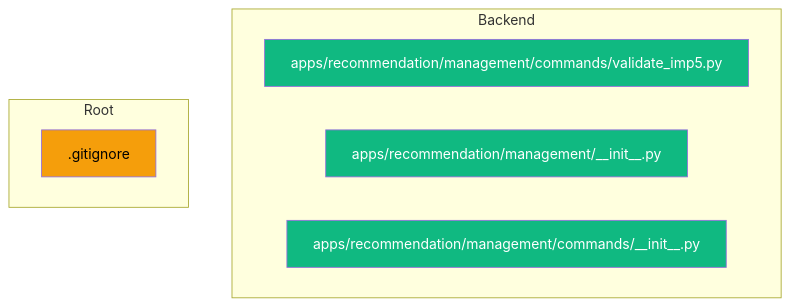
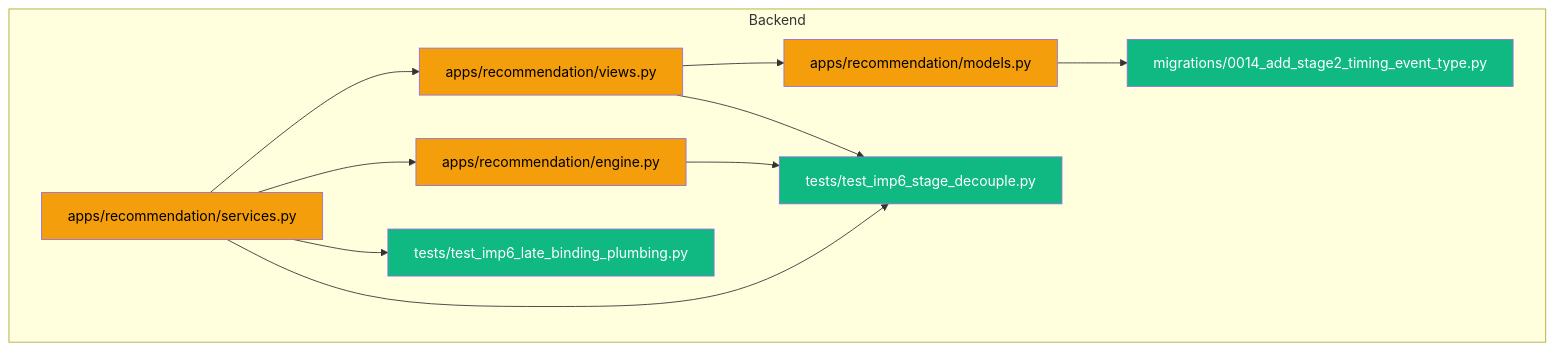
Before and after one commit to hongikarchi/archi-tinder: the eighth of 8 diagrams in .claude/Report.md, drawn with Mermaid. The commit also changed other lines of this file and 2 other files, not shown here.

````diff
--- a/.claude/Report.md
+++ b/.claude/Report.md
@@ -426,15 +438,24 @@
 ```mermaid
 graph TD
     subgraph Backend
-        validate_imp5_py["apps/recommendation/management/commands/validate_imp5.py"]:::new
-        mgmt_init["apps/recommendation/management/__init__.py"]:::new
-        cmd_init["apps/recommendation/management/commands/__init__.py"]:::new
+        services_py["apps/recommendation/services.py"]:::modified
+        views_py["apps/recommendation/views.py"]:::modified
+        engine_py["apps/recommendation/engine.py"]:::modified
+        models_py["apps/recommendation/models.py"]:::modified
+        migration_0014["migrations/0014_add_stage2_timing_event_type.py"]:::new
+        test_plumbing["tests/test_imp6_late_binding_plumbing.py"]:::new
+        test_decouple["tests/test_imp6_stage_decouple.py"]:::new
     end
-    subgraph Root
-        gitignore[".gitignore"]:::modified
-    end
+    services_py --> views_py
+    services_py --> engine_py
+    views_py --> models_py
+    models_py --> migration_0014
+    services_py --> test_plumbing
+    services_py --> test_decouple
+    views_py --> test_decouple
+    engine_py --> test_decouple
 
     classDef new fill:#10b981,color:#fff
     classDef modified fill:#f59e0b,color:#000
     classDef deleted fill:#ef4444,color:#fff
 ```
````
